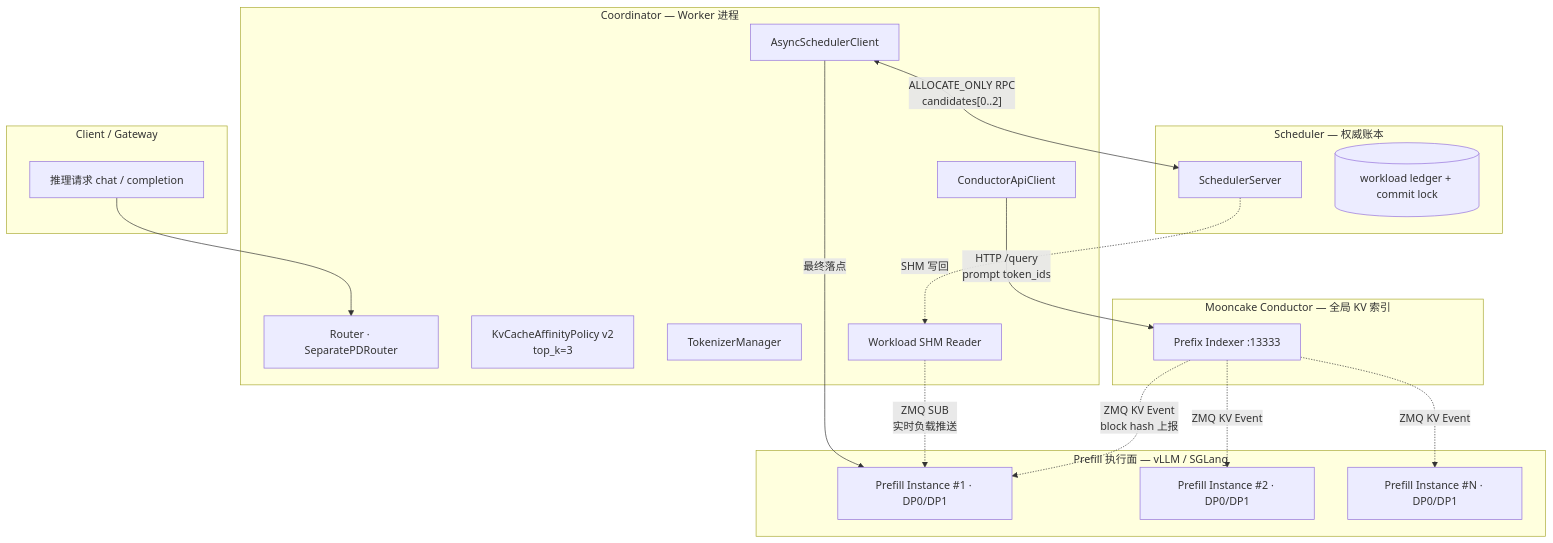
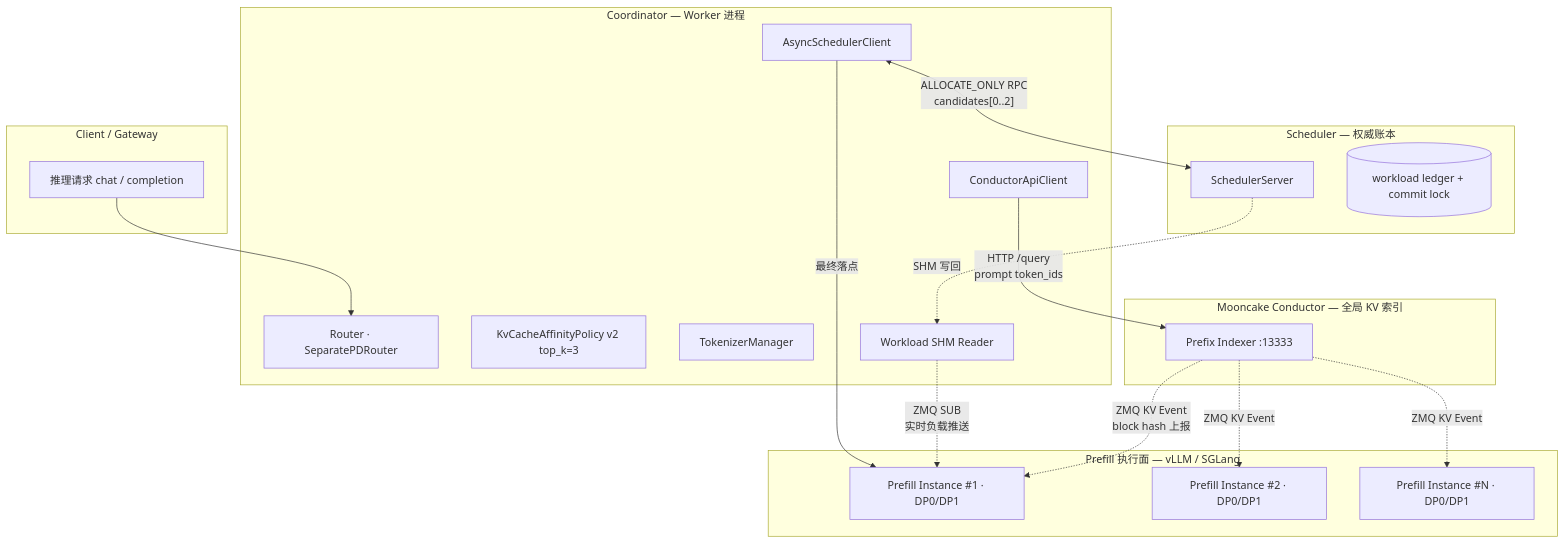
One commit to Lyr-GW/interview-docs changed the first of 3 diagrams in docs/topics/kv-cache-affinity.md. Above: the diagram before and after it, drawn with Mermaid. The commit also changed other lines of this file and 6 other files, not shown here.

Commit message:
fix: collapse multiline mermaid labels to single line

````diff
--- a/docs/topics/kv-cache-affinity.md
+++ b/docs/topics/kv-cache-affinity.md
@@ -25,40 +25,39 @@
 ```mermaid
 flowchart TB
     subgraph Client["Client / Gateway"]
         REQ[推理请求 chat / completion]
     end
     subgraph Coord["Coordinator — Worker 进程"]
         ROUTER[Router · SeparatePDRouter]
         SC[AsyncSchedulerClient]
-        POLICY["KvCacheAffinityPolicy v2
-        top_k=3"]
+        POLICY["KvCacheAffinityPolicy v2 top_k=3"]
         TOK[TokenizerManager]
         CAC[ConductorApiClient]
         SHM_R[Workload SHM Reader]
     end
     subgraph Conductor["Mooncake Conductor — 全局 KV 索引"]
         IDX[Prefix Indexer :13333]
     end
     subgraph Sched["Scheduler — 权威账本"]
         SS[SchedulerServer]
         LEDGER[(workload ledger + commit lock)]
     end
     subgraph Prefill["Prefill 执行面 — vLLM / SGLang"]
         P1[Prefill Instance #1 · DP0/DP1]
         P2[Prefill Instance #2 · DP0/DP1]
         PN[Prefill Instance #N · DP0/DP1]
     end
     REQ --> ROUTER
     SC <-->|"ALLOCATE_ONLY RPC
         candidates[0..2]"| SS
     CAC -->|"HTTP /query
         prompt token_ids"| IDX
     IDX -.->|"ZMQ KV Event
         block hash 上报"| P1
     IDX -.->|"ZMQ KV Event"| P2
     IDX -.->|"ZMQ KV Event"| PN
     SHM_R -.->|"ZMQ SUB
         实时负载推送"| P1
     SS -.->|"SHM 写回"| SHM_R
     SC -->|"最终落点"| P1
 ```
````
